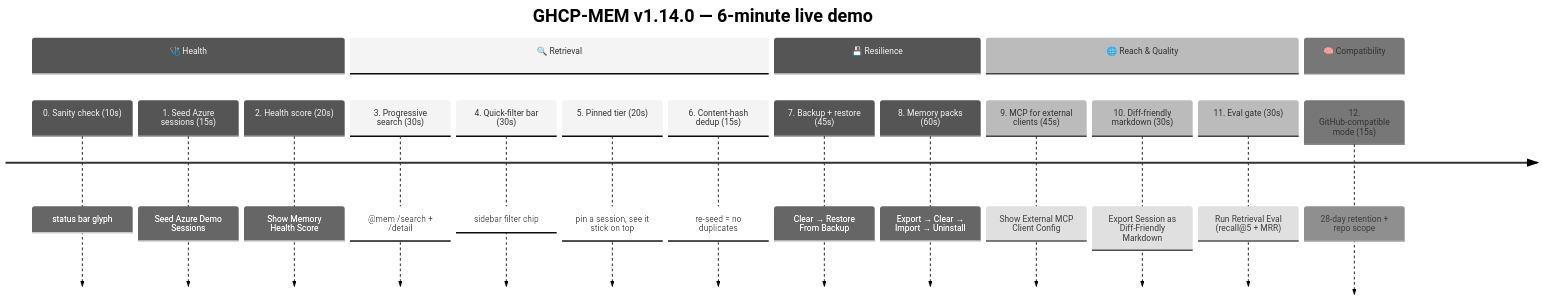
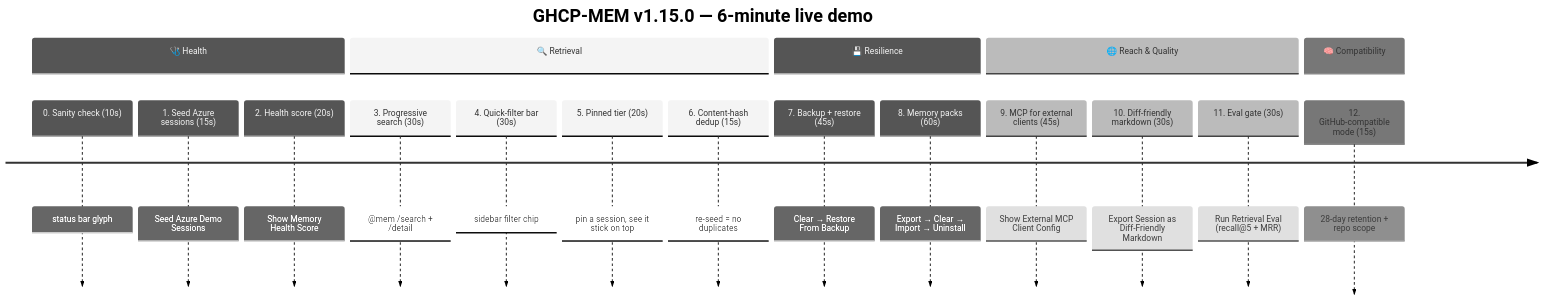
Before and after one commit to ITcredibl/ghcp-mem: the first of 5 diagrams in docs/DEMO.md, drawn with Mermaid (neutral theme). The commit also changed other lines of this file and 15 other files, not shown here.

````diff
--- a/docs/DEMO.md
+++ b/docs/DEMO.md
@@ -20,22 +20,22 @@
 ```mermaid
 timeline
-    title GHCP-MEM v1.14.0 — 6-minute live demo
+    title GHCP-MEM v1.15.0 — 6-minute live demo
     section 🩺 Health
         0. Sanity check (10s)              : status bar glyph
         1. Seed Azure sessions (15s)       : Seed Azure Demo Sessions
         2. Health score (20s)              : Show Memory Health Score
     section 🔍 Retrieval
         3. Progressive search (30s)        : @mem /search + /detail
         4. Quick-filter bar (30s)          : sidebar filter chip
         5. Pinned tier (20s)               : pin a session, see it stick on top
         6. Content-hash dedup (15s)        : re-seed = no duplicates
     section 💾 Resilience
         7. Backup + restore (45s)          : Clear → Restore From Backup
         8. Memory packs (60s)              : Export → Clear → Import → Uninstall
     section 🌐 Reach & Quality
         9. MCP for external clients (45s)  : Show External MCP Client Config
         10. Diff-friendly markdown (30s)   : Export Session as Diff-Friendly Markdown
         11. Eval gate (30s)                : Run Retrieval Eval (recall@5 + MRR)
     section 🧠 Compatibility
         12. GitHub-compatible mode (15s)   : 28-day retention + repo scope
 ```
````
